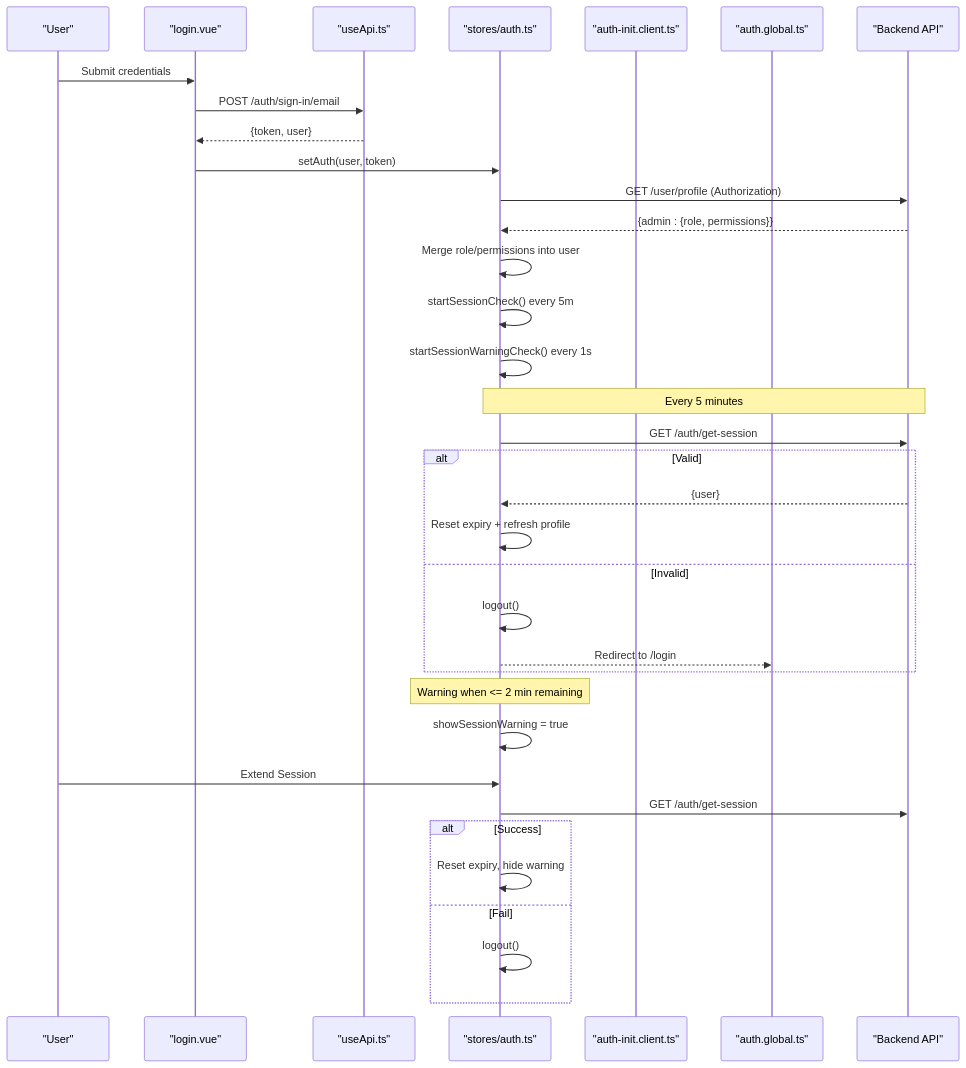
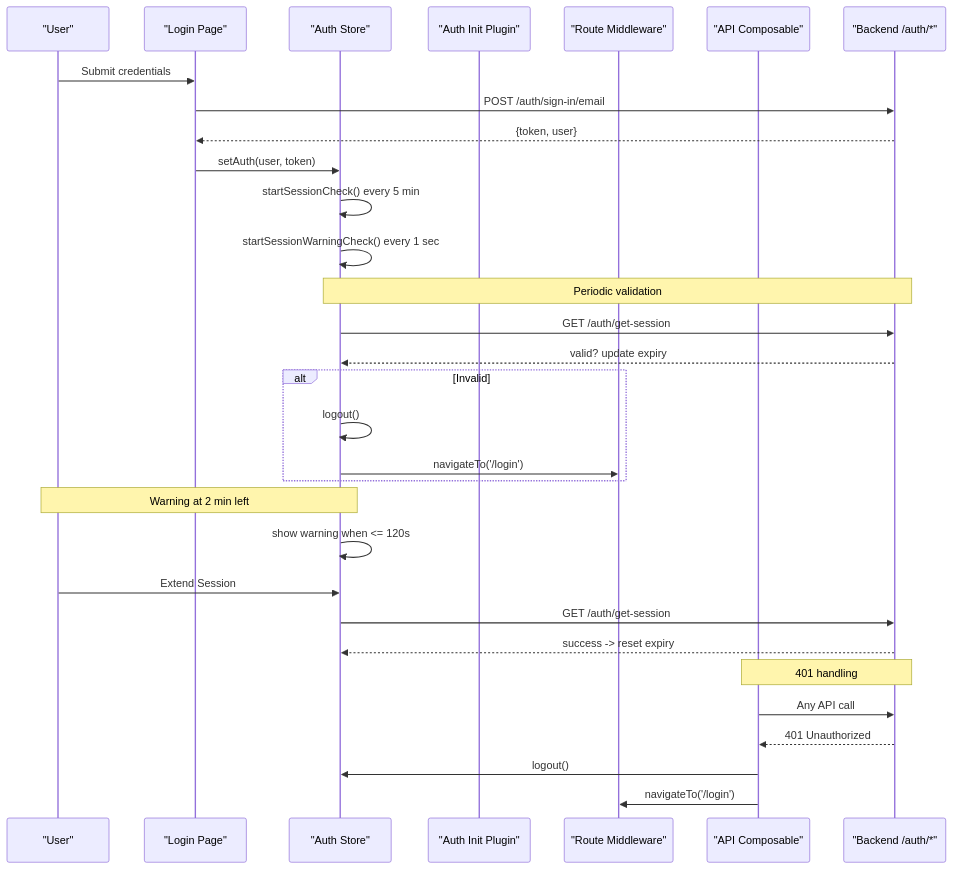
One commit to Lazynerd-Studios/lacarte-atlas-console changed the second of 5 diagrams in .qoder/repowiki/en/content/Authentication & Authorization/Session Management.md. Above: the diagram before and after it, drawn with Mermaid. The commit also changed other lines of this file and 139 other files, not shown here.

````diff
--- a/.qoder/repowiki/en/content/Authentication & Authorization/Session Management.md
+++ b/.qoder/repowiki/en/content/Authentication & Authorization/Session Management.md
@@ -123,37 +120,33 @@
 ```mermaid
 sequenceDiagram
 participant User as "User"
-participant Login as "login.vue"
-participant Api as "useApi.ts"
-participant Store as "stores/auth.ts"
-participant Plugin as "auth-init.client.ts"
-participant MW as "auth.global.ts"
-participant Server as "Backend API"
+participant Login as "Login Page"
+participant Store as "Auth Store"
+participant Init as "Auth Init Plugin"
+participant MW as "Route Middleware"
+participant API as "API Composable"
+participant Server as "Backend /auth/*"
 User->>Login : Submit credentials
-Login->>Api : POST /auth/sign-in/email
-Api-->>Login : {token, user}
+Login->>Server : POST /auth/sign-in/email
+Server-->>Login : {token, user}
 Login->>Store : setAuth(user, token)
-Store->>Server : GET /user/profile (Authorization)
-Server-->>Store : {admin : {role, permissions}}
-Store->>Store : Merge role/permissions into user
-Store->>Store : startSessionCheck() every 5m
-Store->>Store : startSessionWarningCheck() every 1s
-Note over Store,Server : Every 5 minutes
+Store->>Store : startSessionCheck() every 5 min
+Store->>Store : startSessionWarningCheck() every 1 sec
+Note over Store,Server : Periodic validation
 Store->>Server : GET /auth/get-session
-alt Valid
-Server-->>Store : {user}
-Store->>Store : Reset expiry + refresh profile
-else Invalid
+Server-->>Store : valid? update expiry
+alt Invalid
 Store->>Store : logout()
-Store-->>MW : Redirect to /login
+Store->>MW : navigateTo('/login')
 end
-Note over Store : Warning when <= 2 min remaining
-Store->>Store : showSessionWarning = true
+Note over User,Store : Warning at 2 min left
+Store->>Store : show warning when <= 120s
 User->>Store : Extend Session
 Store->>Server : GET /auth/get-session
-alt Success
-Store->>Store : Reset expiry, hide warning
-else Fail
-Store->>Store : logout()
-end
+Server-->>Store : success -> reset expiry
+Note over API,Server : 401 handling
+API->>Server : Any API call
+Server-->>API : 401 Unauthorized
+API->>Store : logout()
+API->>MW : navigateTo('/login')
 ```
````
